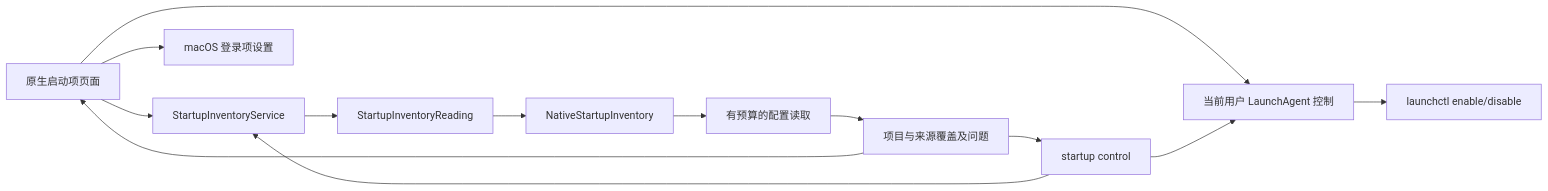
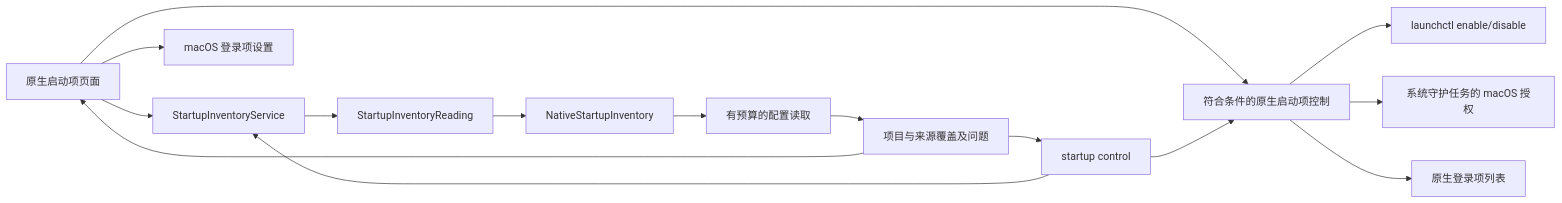
Before and after one commit to limecloud/shou: the diagram in docs/zh-CN/product/startup-items.md, drawn with Mermaid. The commit also changed other lines of this file and 205 other files, not shown here.

````diff
--- a/docs/zh-CN/product/startup-items.md
+++ b/docs/zh-CN/product/startup-items.md
@@ -29,15 +35,17 @@
 ```mermaid
 flowchart LR
     UI[原生启动项页面] --> Service[StartupInventoryService]
     CLI[startup list] --> Service
     Service --> Port[StartupInventoryReading]
     Port --> Mac[NativeStartupInventory]
     Mac --> Files[有预算的配置读取]
     Files --> Report[项目与来源覆盖及问题]
     Report --> UI
     Report --> CLI
     UI --> Settings[macOS 登录项设置]
-    UI --> Control[当前用户 LaunchAgent 控制]
+    UI --> Control[符合条件的原生启动项控制]
     CLI[startup control] --> Control
     Control --> Launchctl[launchctl enable/disable]
+    Control --> Authorization[系统守护任务的 macOS 授权]
+    Control --> LoginList[原生登录项列表]
 ```
````
